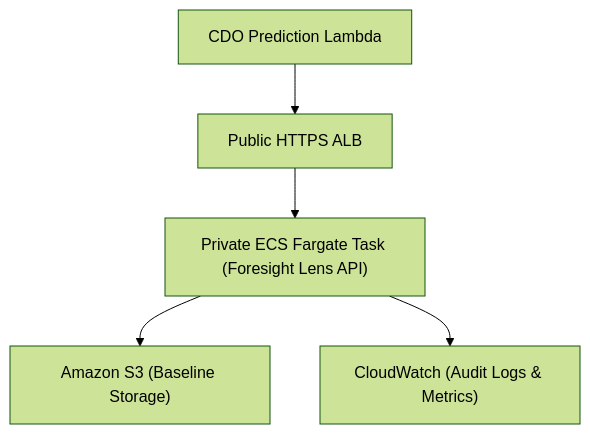
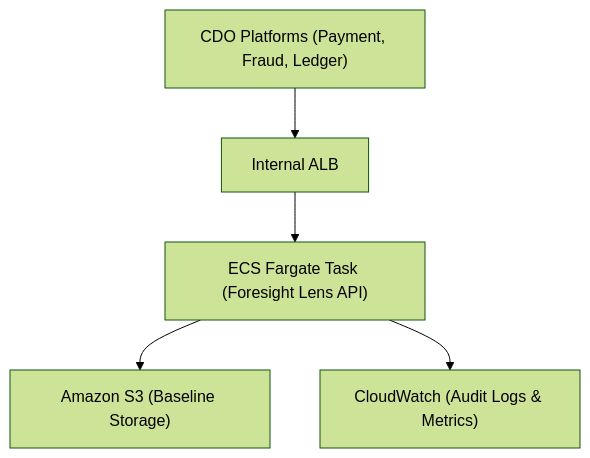
One commit to 2hm1901/capstone-phase2 changed the diagram in contracts/deployment-contract.md. Above: the diagram before and after it, drawn with Mermaid (forest theme). The commit also changed other lines of this file and 9 other files, not shown here.

````diff
--- a/contracts/deployment-contract.md
+++ b/contracts/deployment-contract.md
@@ -78,7 +79,7 @@
 ```mermaid
 graph TD
-    Client["CDO Prediction Lambda"] --> ALB["Public HTTPS ALB"]
-    ALB --> ECS["Private ECS Fargate Task (Foresight Lens API)"]
+    Client["CDO Platforms (Payment, Fraud, Ledger)"] --> ALB["Internal ALB"]
+    ALB --> ECS["ECS Fargate Task (Foresight Lens API)"]
     ECS --> S3["Amazon S3 (Baseline Storage)"]
     ECS --> CW["CloudWatch (Audit Logs & Metrics)"]
 ```
````
